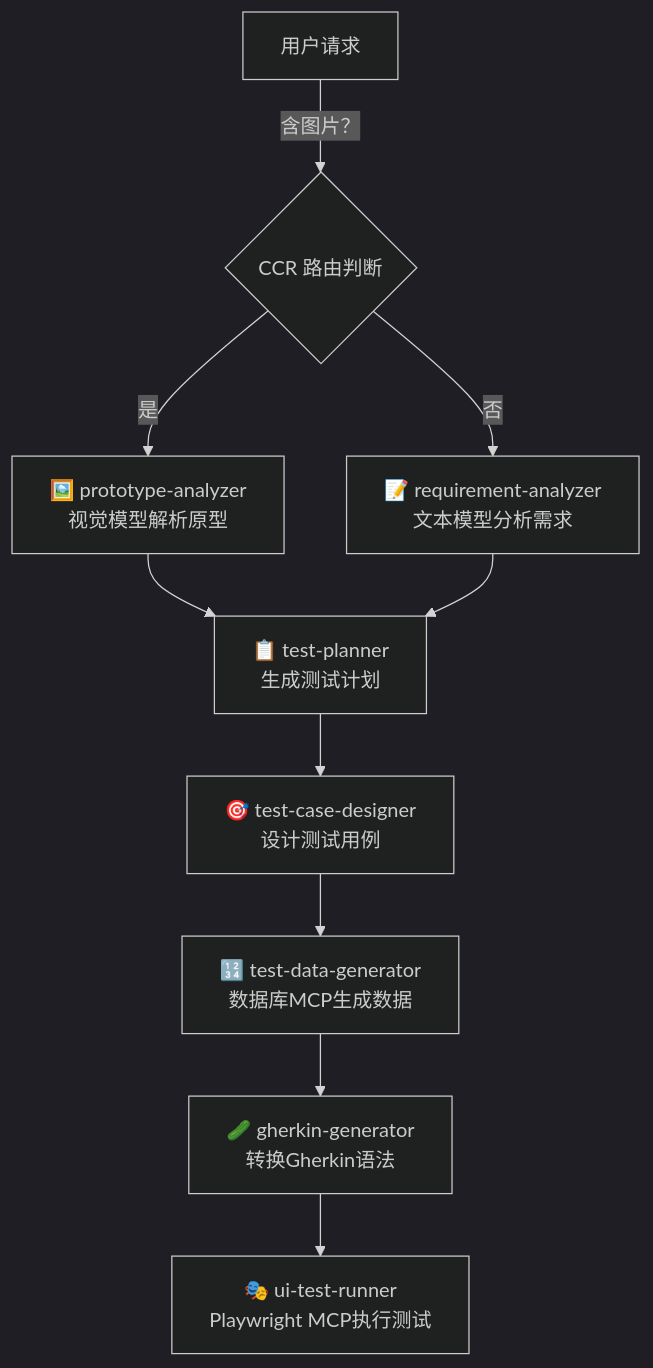
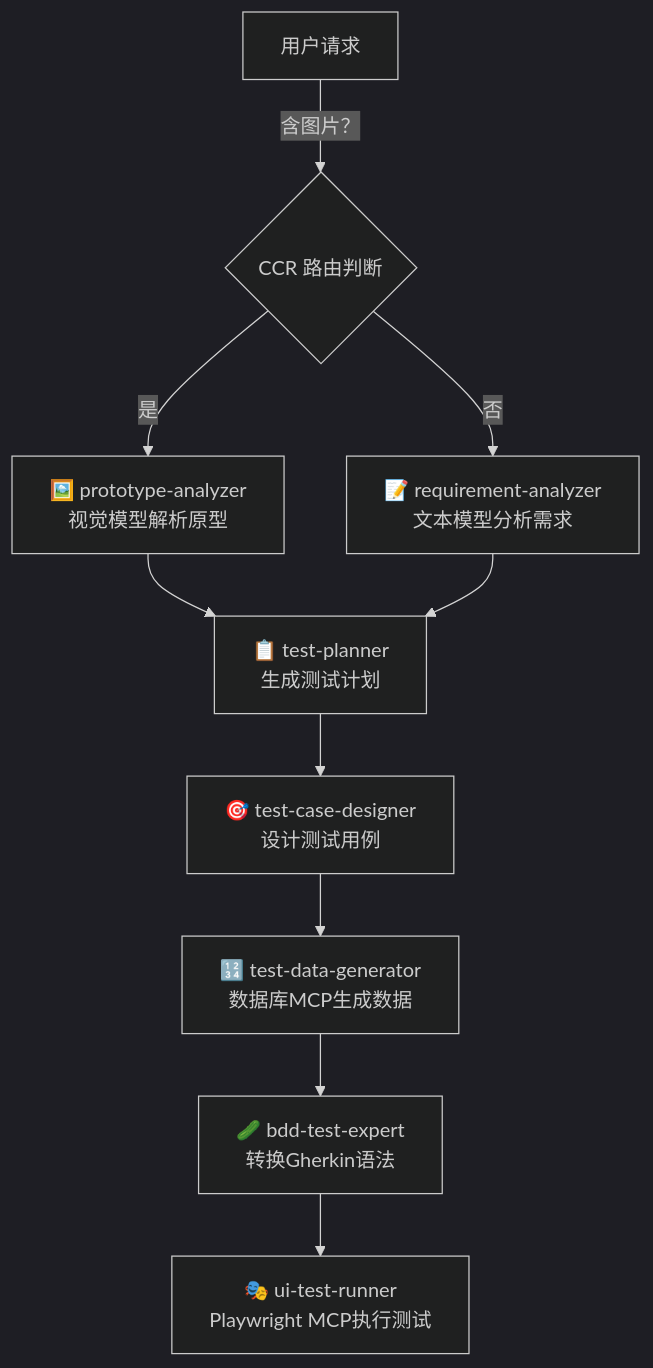
The diagram in docs/test-workflow-complete.md (SuperOuxx/claude-code-router-ui), drawn with Mermaid (dark theme) before and after one commit. The commit also changed other lines of this file and 10 other files, not shown here.

Commit message:
subagent gherkin-generator 重命名为 bdd-test-expert

````diff
--- a/docs/test-workflow-complete.md
+++ b/docs/test-workflow-complete.md
@@ -7,12 +7,12 @@
 ```mermaid
 graph TD
     A[用户请求] -->|含图片？| B{CCR 路由判断}
     B -->|是| C[🖼️ prototype-analyzer<br/>视觉模型解析原型]
     B -->|否| D[📝 requirement-analyzer<br/>文本模型分析需求]
     C --> E[📋 test-planner<br/>生成测试计划]
     D --> E
     E --> F[🎯 test-case-designer<br/>设计测试用例]
     F --> G[🔢 test-data-generator<br/>数据库MCP生成数据]
-    G --> H[🥒 gherkin-generator<br/>转换Gherkin语法]
+    G --> H[🥒 bdd-test-expert<br/>转换Gherkin语法]
     H --> I[🎭 ui-test-runner<br/>Playwright MCP执行测试]
 ```
````
